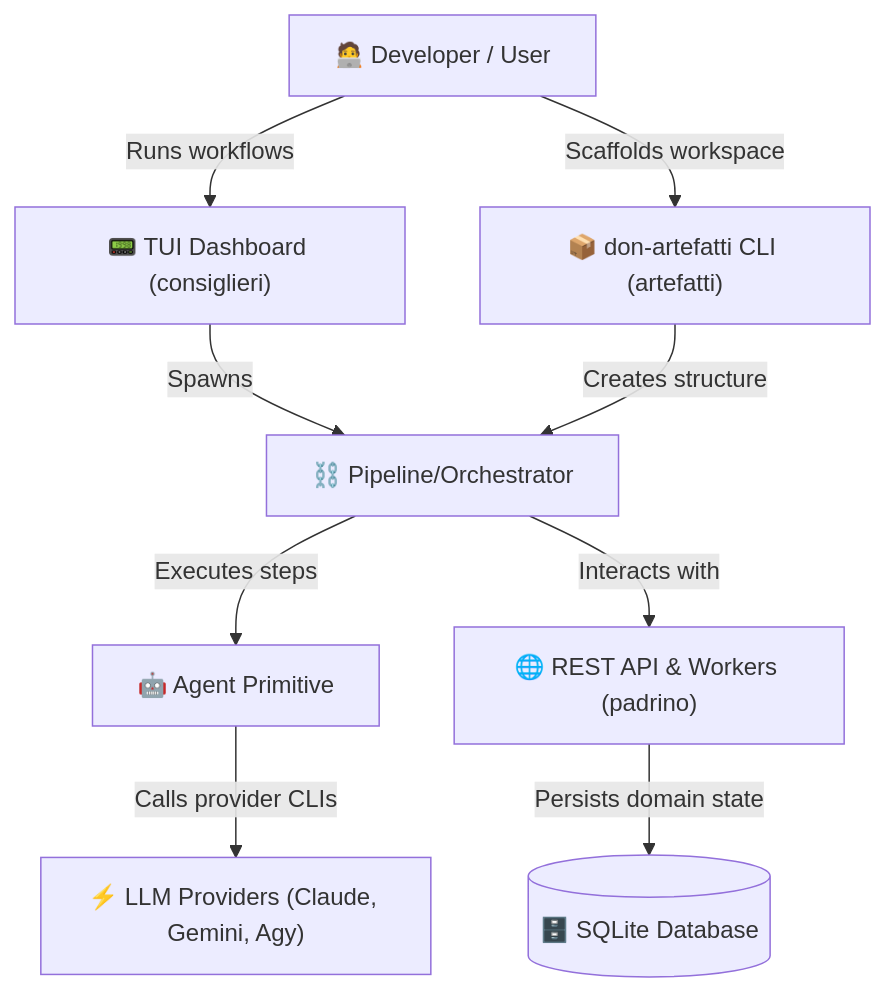
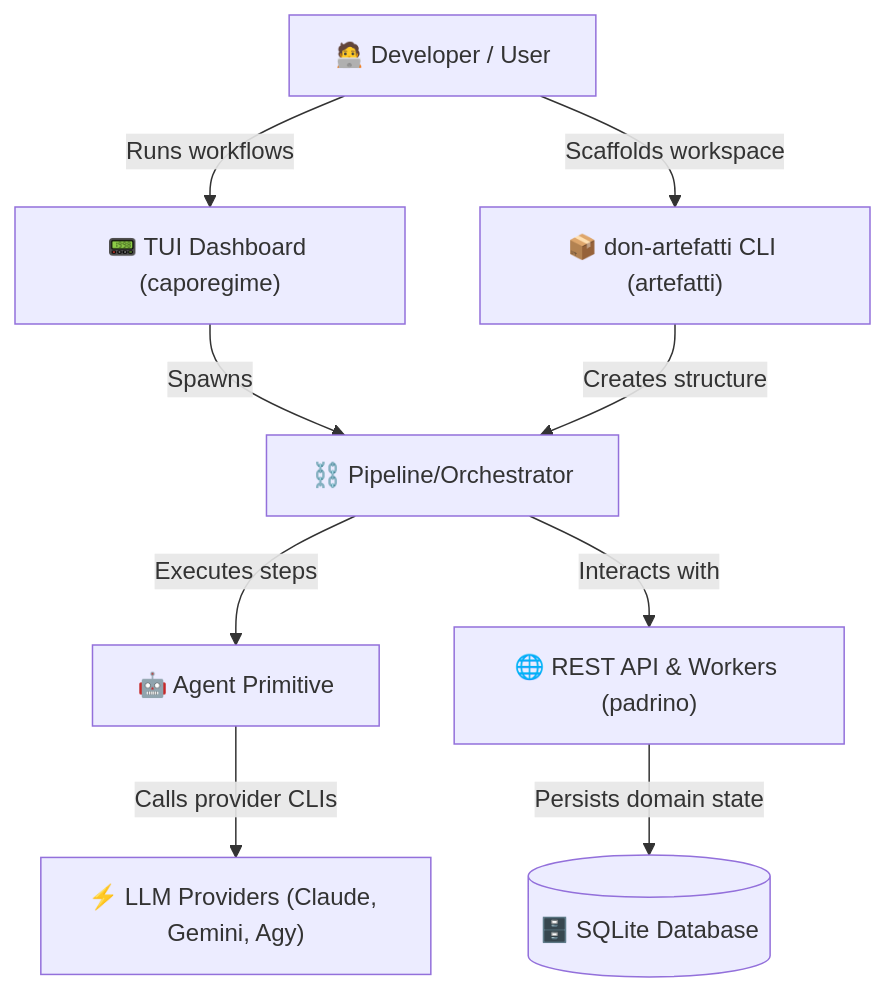
The diagram in README.md (dev-igorcarvalho/don), drawn with Mermaid before and after one commit. The commit also changed other lines of this file and 3 other files, not shown here.

````diff
--- a/README.md
+++ b/README.md
@@ -49,22 +56,22 @@
 ```mermaid
 graph TD
     Developer["🧑‍💻 Developer / User"]
-    TUI["📟 TUI Dashboard (consiglieri)"]
+    TUI["📟 TUI Dashboard (caporegime)"]
     Pipeline["⛓️ Pipeline/Orchestrator"]
     Agent["🤖 Agent Primitive"]
     LLM["⚡ LLM Providers (Claude, Gemini, Agy)"]
     Scaffold["📦 don-artefatti CLI (artefatti)"]
     API["🌐 REST API & Workers (padrino)"]
     DB[("🗄️ SQLite Database")]
 
     Developer -->|Runs workflows| TUI
     TUI -->|Spawns| Pipeline
     Pipeline -->|Executes steps| Agent
     Agent -->|Calls provider CLIs| LLM
     
     Developer -->|Scaffolds workspace| Scaffold
     Scaffold -->|Creates structure| Pipeline
     
     Pipeline -->|Interacts with| API
     API -->|Persists domain state| DB
 ```
````
